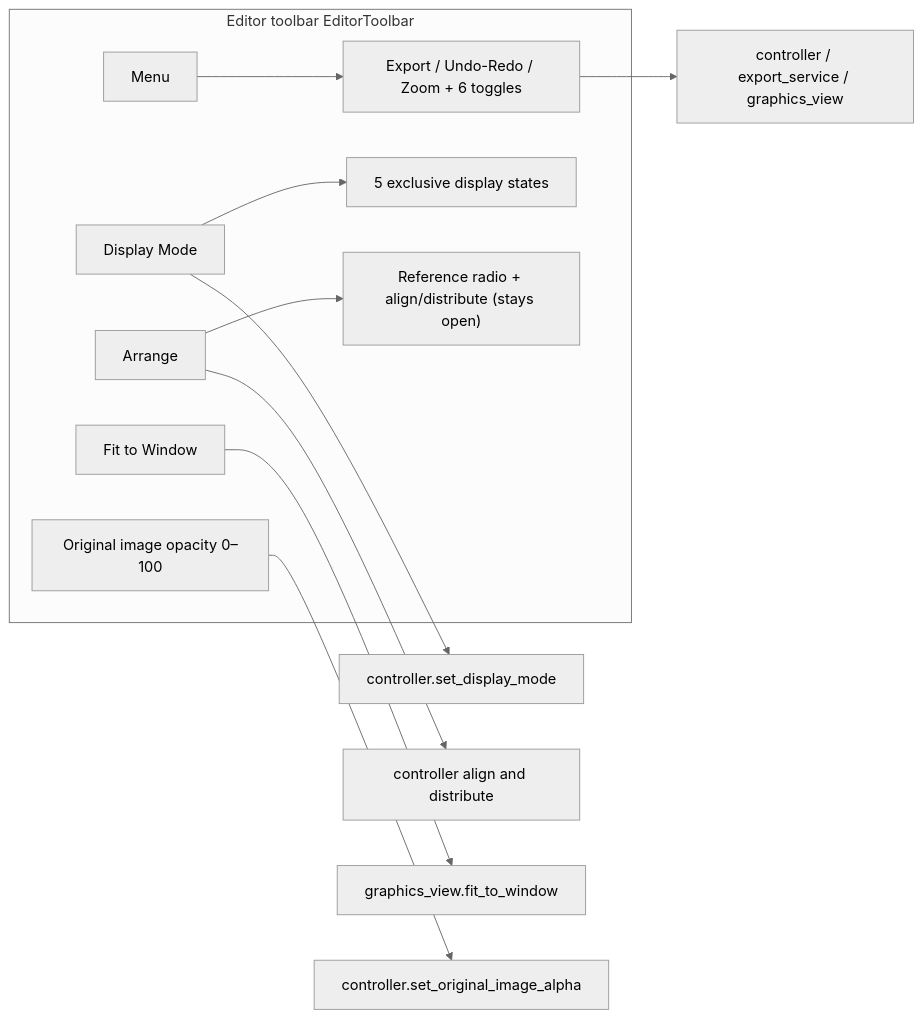
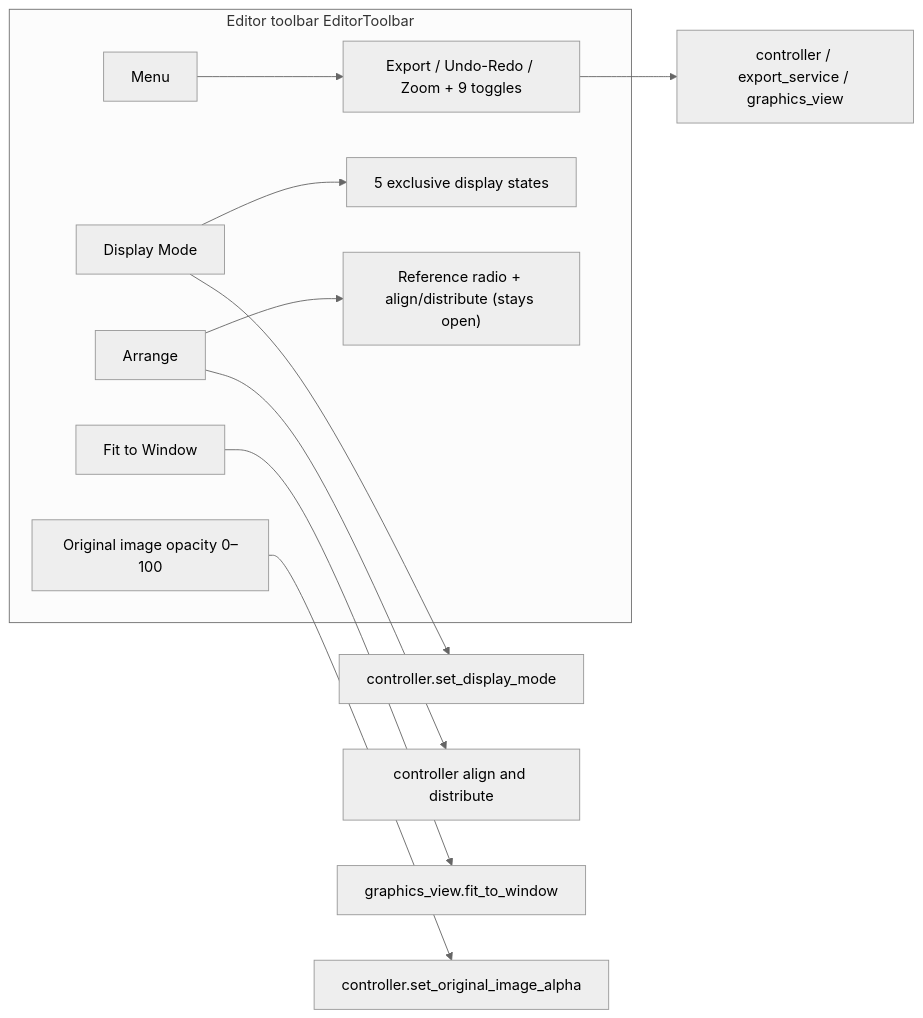
The diagram in doc/wiki/en/desktop/editor/toolbar-and-menus.md (hgmzhn/manga-translator-ui), drawn with Mermaid (neutral theme) before and after one commit. The commit also changed other lines of this file and 10 other files, not shown here.

````diff
--- a/doc/wiki/en/desktop/editor/toolbar-and-menus.md
+++ b/doc/wiki/en/desktop/editor/toolbar-and-menus.md
@@ -58,15 +59,15 @@
 ```mermaid
 flowchart LR
     subgraph TB["Editor toolbar EditorToolbar"]
-        M["Menu"] --> MI["Export / Undo-Redo / Zoom + 6 toggles"]
+        M["Menu"] --> MI["Export / Undo-Redo / Zoom + 9 toggles"]
         D["Display Mode"] --> DI["5 exclusive display states"]
         A["Arrange"] --> AI["Reference radio + align/distribute (stays open)"]
         F["Fit to Window"]
         O["Original image opacity 0–100"]
     end
     MI --> C["controller / export_service / graphics_view"]
     D --> CV["controller.set_display_mode"]
     A --> AV["controller align and distribute"]
     F --> FV["graphics_view.fit_to_window"]
     O --> OV["controller.set_original_image_alpha"]
 ```
````
